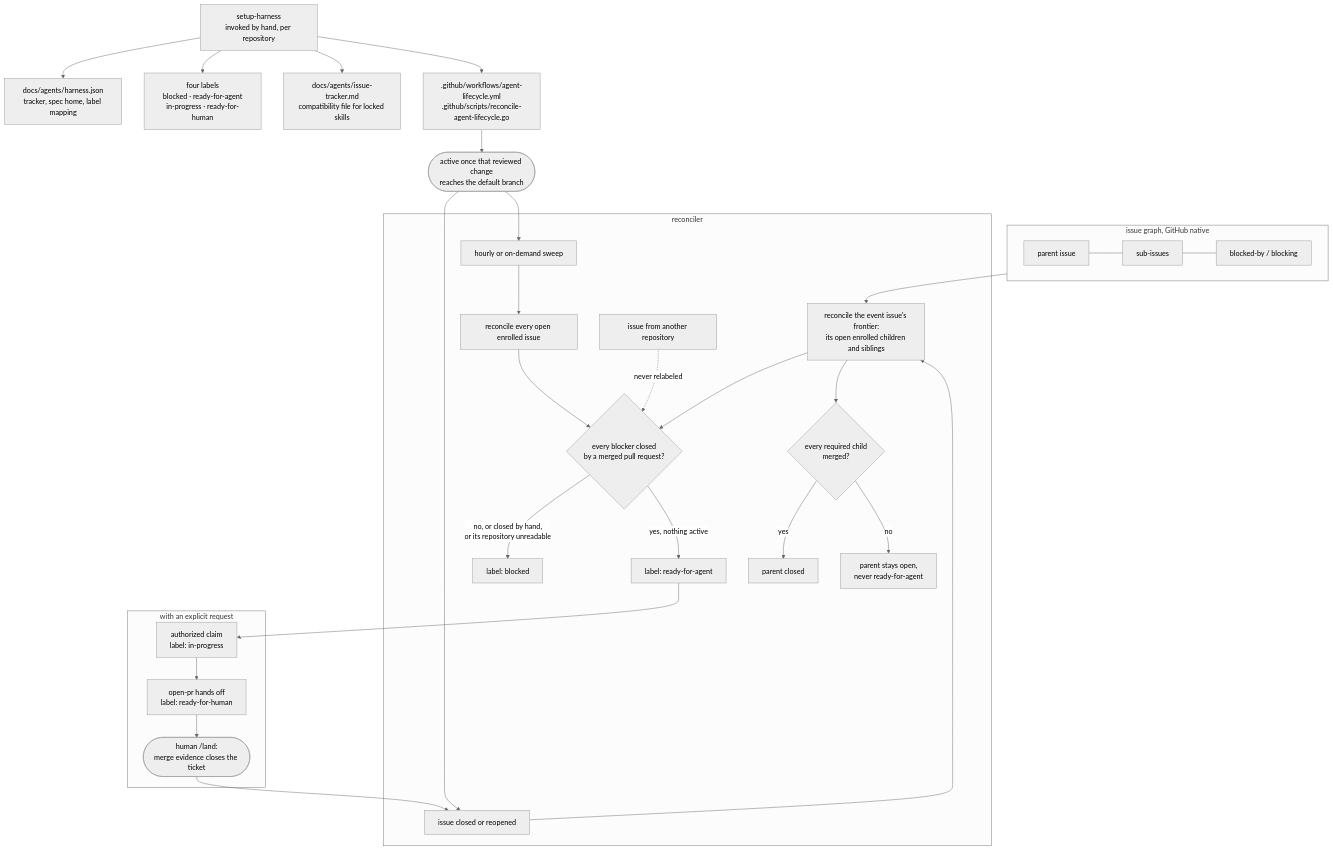
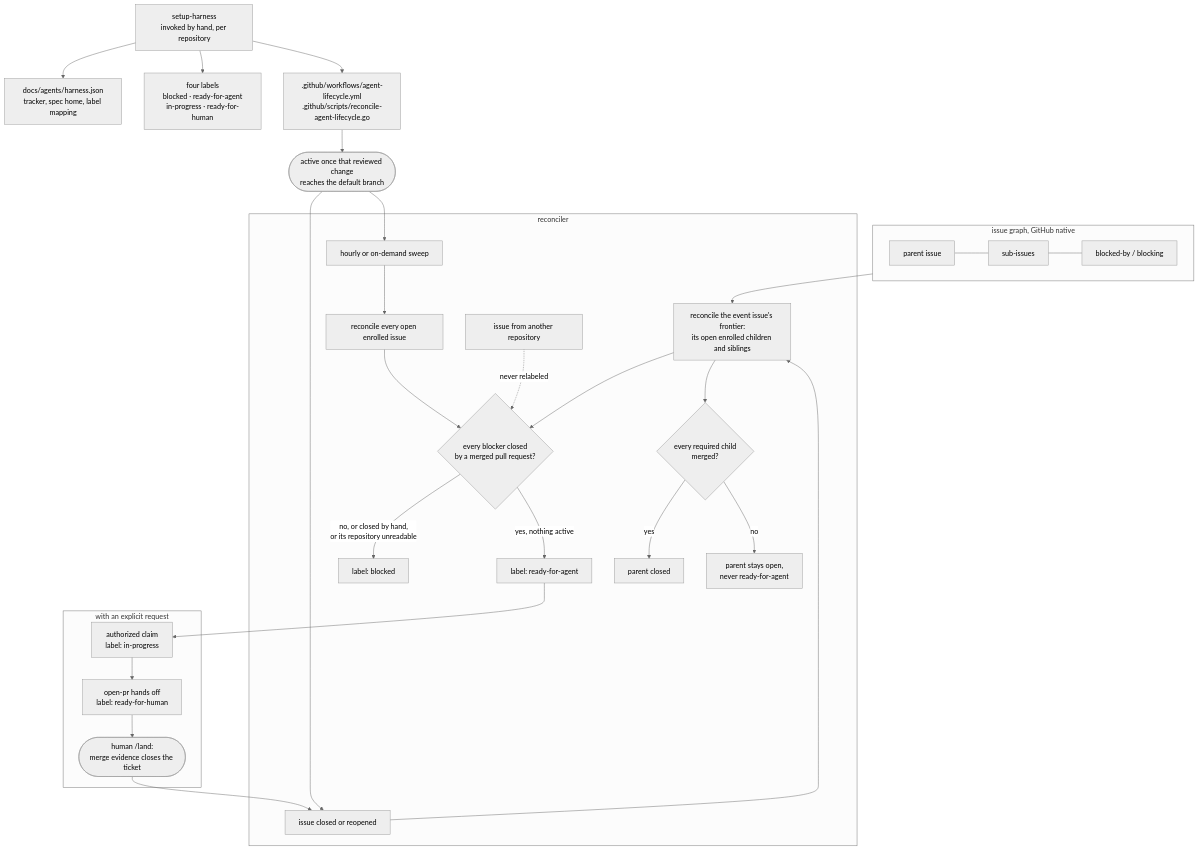
Before and after one commit to jvillegasd/harness: the third of 3 diagrams in README.md, drawn with Mermaid (neutral theme). The commit also changed other lines of this file and 816 other files, not shown here.

````diff
--- a/README.md
+++ b/README.md
@@ -278,37 +295,36 @@
 ```mermaid
 flowchart TD
     setup["setup-harness<br>invoked by hand, per repository"] --> config["docs/agents/harness.json<br>tracker, spec home, label mapping"]
     setup --> labels["four labels<br>blocked · ready-for-agent<br>in-progress · ready-for-human"]
-    setup --> trackerdoc["docs/agents/issue-tracker.md<br>compatibility file for locked skills"]
     setup --> files[".github/workflows/agent-lifecycle.yml<br>.github/scripts/reconcile-agent-lifecycle.go"]
     files --> active(["active once that reviewed change<br>reaches the default branch"])
 
     subgraph GRAPH["issue graph, GitHub native"]
         parent["parent issue"] --- children["sub-issues"]
         children --- deps["blocked-by / blocking"]
     end
 
     subgraph RUN["reconciler"]
         event["issue closed or reopened"] --> frontier["reconcile the event issue's frontier:<br>its open enrolled children and siblings"]
         sweep["hourly or on-demand sweep"] --> all["reconcile every open enrolled issue"]
         frontier --> blocker{"every blocker closed<br>by a merged pull request?"}
         all --> blocker
         blocker -->|no, or closed by hand,<br>or its repository unreadable| blocked["label: blocked"]
         blocker -->|yes, nothing active| ready["label: ready-for-agent"]
         frontier --> parentstate{"every required child<br>merged?"}
         parentstate -->|yes| closeparent["parent closed"]
         parentstate -->|no| openparent["parent stays open,<br>never ready-for-agent"]
         foreign["issue from another repository"] -.->|never relabeled| blocker
     end
 
     active --> event
     active --> sweep
     GRAPH --> frontier
 
     subgraph AGENT["with an explicit request"]
         ready --> claim["authorized claim<br>label: in-progress"]
         claim --> handoff["open-pr hands off<br>label: ready-for-human"]
         handoff --> landit(["human /land:<br>merge evidence closes the ticket"])
     end
     landit --> event
 ```
````
